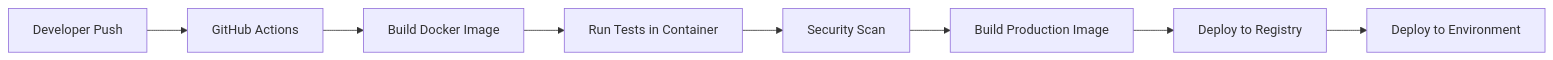
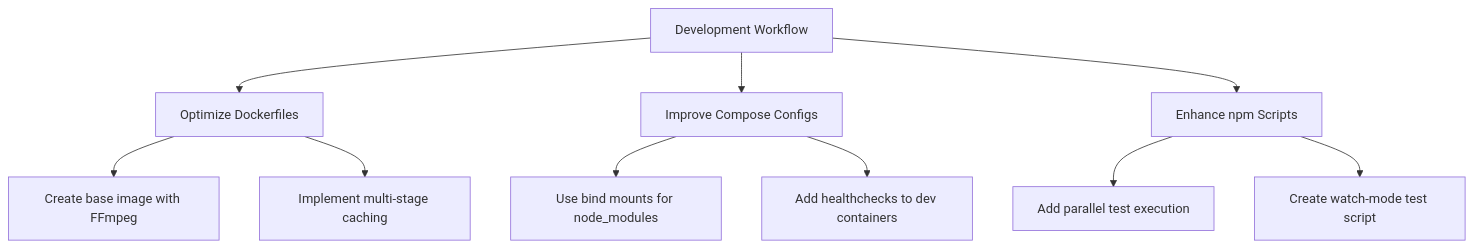
The diagram in docs/IMPLEMENTATION_PLAN.md (rick-blaine1/timeshift-studio), drawn with Mermaid before and after one commit. The commit also changed other lines of this file and 64 other files, not shown here.

Commit message:
Implement timeline improvements and video preview optimizations

````diff
--- a/docs/IMPLEMENTATION_PLAN.md
+++ b/docs/IMPLEMENTATION_PLAN.md
@@ -517,10 +31,15 @@
 ```mermaid
-graph LR
-    A[Developer Push] --> B[GitHub Actions]
-    B --> C[Build Docker Image]
-    C --> D[Run Tests in Container]
-    D --> E[Security Scan]
-    E --> F[Build Production Image]
-    F --> G[Deploy to Registry]
-    G --> H[Deploy to Environment]
+graph TD
+    A[Development Workflow] --> B[Optimize Dockerfiles]
+    A --> C[Improve Compose Configs]
+    A --> D[Enhance npm Scripts]
+    
+    B --> B1[Create base image with FFmpeg]
+    B --> B2[Implement multi-stage caching]
+    
+    C --> C1[Use bind mounts for node_modules]
+    C --> C2[Add healthchecks to dev containers]
+    
+    D --> D1[Add parallel test execution]
+    D --> D2[Create watch-mode test script]
 ```
````
